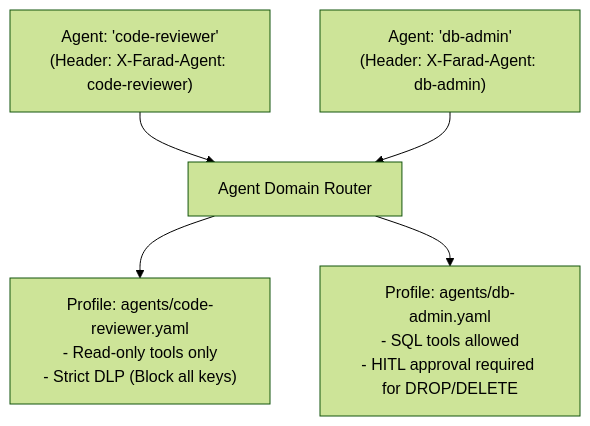
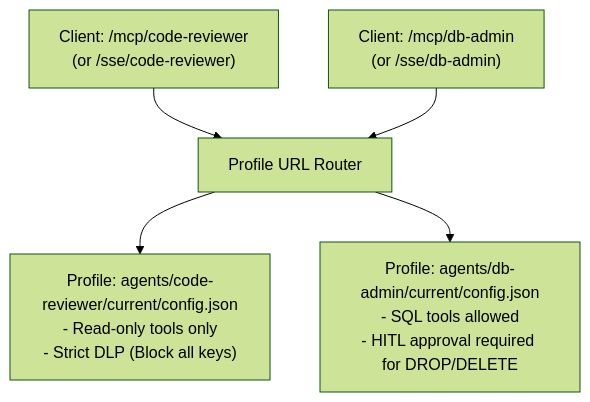
One commit to FaradAiLab/FaradAiWire changed the diagram in docs/04-configuration/multi-agent-domains.md. Above: the diagram before and after it, drawn with Mermaid (forest theme). The commit also changed other lines of this file and 42 other files, not shown here.

Commit message:
refactor: simplify routing and enforce path-based profiles for SSE and MCP ingress streams

````diff
--- a/docs/04-configuration/multi-agent-domains.md
+++ b/docs/04-configuration/multi-agent-domains.md
@@ -12,8 +12,8 @@
 ```mermaid
 graph TD
-    A1["Agent: 'code-reviewer'\n(Header: X-Farad-Agent: code-reviewer)"] --> Router["Agent Domain Router"]
-    A2["Agent: 'db-admin'\n(Header: X-Farad-Agent: db-admin)"] --> Router
+    A1["Client: /mcp/code-reviewer\n(or /sse/code-reviewer)"] --> Router["Profile URL Router"]
+    A2["Client: /mcp/db-admin\n(or /sse/db-admin)"] --> Router
     
-    Router --> P1["Profile: agents/code-reviewer.yaml\n- Read-only tools only\n- Strict DLP (Block all keys)"]
-    Router --> P2["Profile: agents/db-admin.yaml\n- SQL tools allowed\n- HITL approval required for DROP/DELETE"]
+    Router --> P1["Profile: agents/code-reviewer/current/config.json\n- Read-only tools only\n- Strict DLP (Block all keys)"]
+    Router --> P2["Profile: agents/db-admin/current/config.json\n- SQL tools allowed\n- HITL approval required for DROP/DELETE"]
 ```
````
